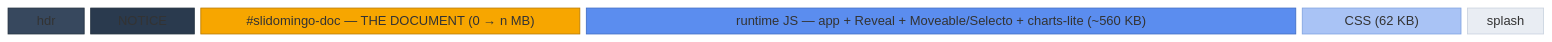
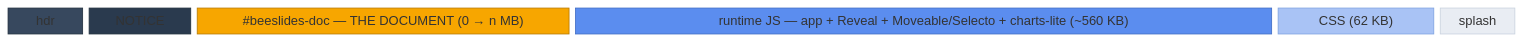
The first of 4 diagrams in docs/architecture.md (miqsoft/beeSlides), drawn with Mermaid before and after one commit. The commit also changed other lines of this file and 161 other files, not shown here.

First line of the commit message:
feat(format): files say beeslides — old slidomingo files are read and converted

````diff
--- a/docs/architecture.md
+++ b/docs/architecture.md
@@ -37,17 +37,17 @@
 ```mermaid
 block-beta
   columns 56
   chrome["hdr"]:3
   notice["NOTICE"]:4
-  doc["#slidomingo-doc — THE DOCUMENT (0 → n MB)"]:14
+  doc["#beeslides-doc — THE DOCUMENT (0 → n MB)"]:14
   js["runtime JS — app + Reveal + Moveable/Selecto + charts-lite (~560 KB)"]:26
   css["CSS (62 KB)"]:6
   splash["splash"]:3
 
   style chrome fill:#37485e,stroke:#22303f,color:#c8d4e2
   style notice fill:#2a3a4e,stroke:#22303f,color:#c8d4e2
   style doc fill:#F7A600,stroke:#b87a00,color:#2b1d00
   style js fill:#5B8DEF,stroke:#3f6cc4,color:#0d1b33
   style css fill:#a9c3f5,stroke:#7fa3e0,color:#1e2a3a
   style splash fill:#e9edf3,stroke:#c9d2de,color:#45566b
 ```
````
